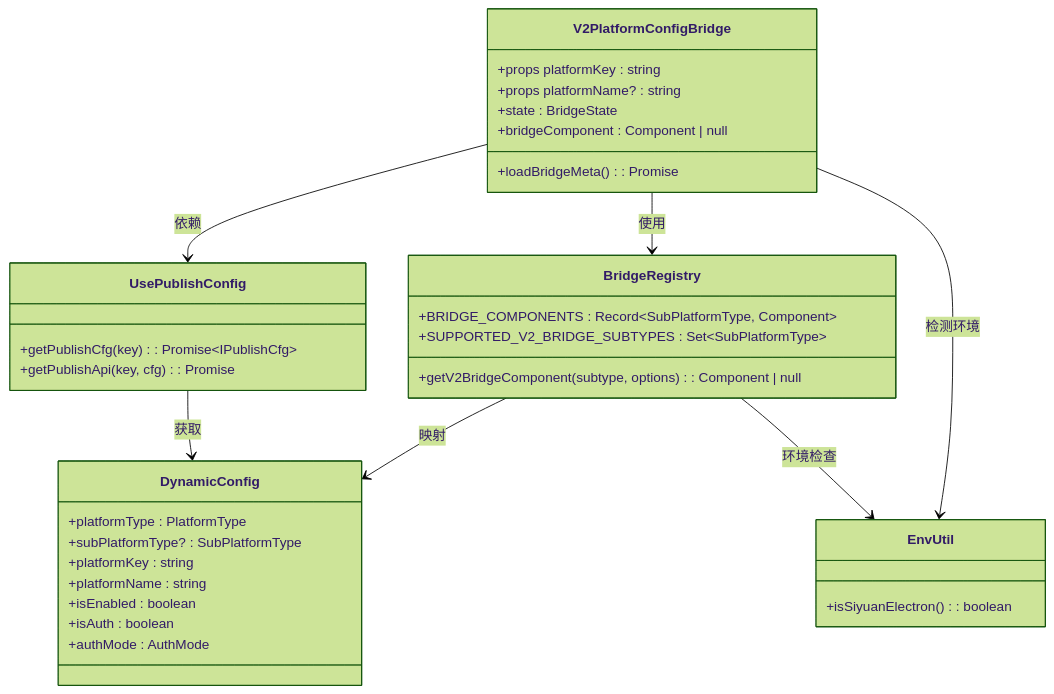
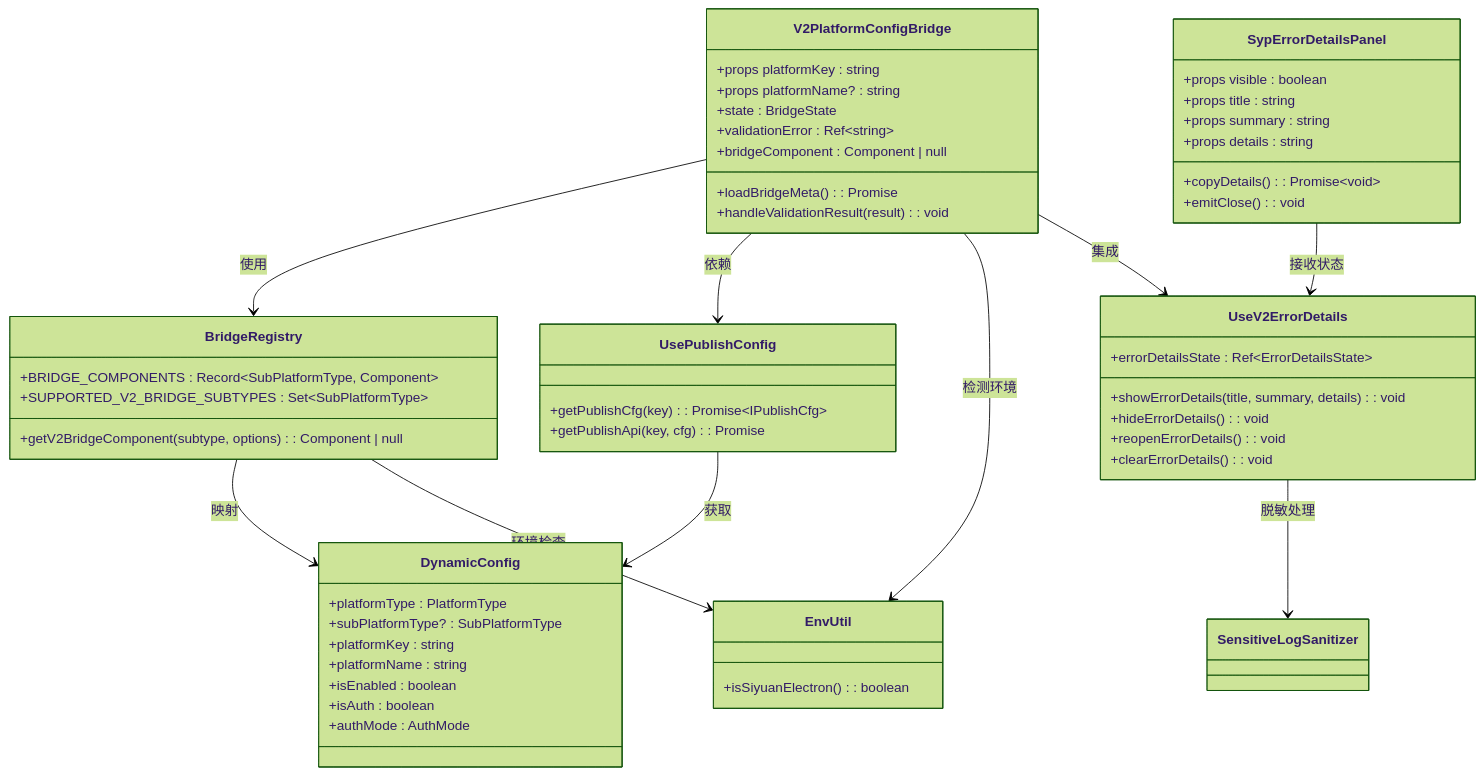
The third of 8 diagrams in .qoder/repowiki/zh/content/V2 平台配置桥组件.md (terwer/siyuan-plugin-publisher), drawn with Mermaid (forest theme) before and after one commit. The commit also changed other lines of this file and 15 other files, not shown here.

````diff
--- a/.qoder/repowiki/zh/content/V2 平台配置桥组件.md
+++ b/.qoder/repowiki/zh/content/V2 平台配置桥组件.md
@@ -209,37 +243,57 @@
 ```mermaid
 classDiagram
 class V2PlatformConfigBridge {
 +props platformKey : string
 +props platformName? : string
 +state : BridgeState
++validationError : Ref~string~
 +loadBridgeMeta() : Promise<void>
++handleValidationResult(result) : void
 +bridgeComponent : Component | null
 }
 class BridgeRegistry {
 +BRIDGE_COMPONENTS : Record~SubPlatformType, Component~
 +getV2BridgeComponent(subtype, options) : Component | null
 +SUPPORTED_V2_BRIDGE_SUBTYPES : Set~SubPlatformType~
 }
 class DynamicConfig {
 +platformType : PlatformType
 +subPlatformType? : SubPlatformType
 +platformKey : string
 +platformName : string
 +isEnabled : boolean
 +isAuth : boolean
 +authMode : AuthMode
 }
 class UsePublishConfig {
 +getPublishCfg(key) : Promise~IPublishCfg~
 +getPublishApi(key, cfg) : Promise
 }
 class EnvUtil {
 +isSiyuanElectron() : boolean
 }
+class UseV2ErrorDetails {
++errorDetailsState : Ref~ErrorDetailsState~
++showErrorDetails(title, summary, details) : void
++hideErrorDetails() : void
++reopenErrorDetails() : void
++clearErrorDetails() : void
+}
+class SypErrorDetailsPanel {
++props visible : boolean
++props title : string
++props summary : string
++props details : string
++copyDetails() : Promise~void~
++emitClose() : void
+}
 V2PlatformConfigBridge --> BridgeRegistry : 使用
 V2PlatformConfigBridge --> UsePublishConfig : 依赖
 V2PlatformConfigBridge --> EnvUtil : 检测环境
+V2PlatformConfigBridge --> UseV2ErrorDetails : 集成
 BridgeRegistry --> DynamicConfig : 映射
 BridgeRegistry --> EnvUtil : 环境检查
 UsePublishConfig --> DynamicConfig : 获取
+UseV2ErrorDetails --> SensitiveLogSanitizer : 脱敏处理
+SypErrorDetailsPanel --> UseV2ErrorDetails : 接收状态
 ```
````
